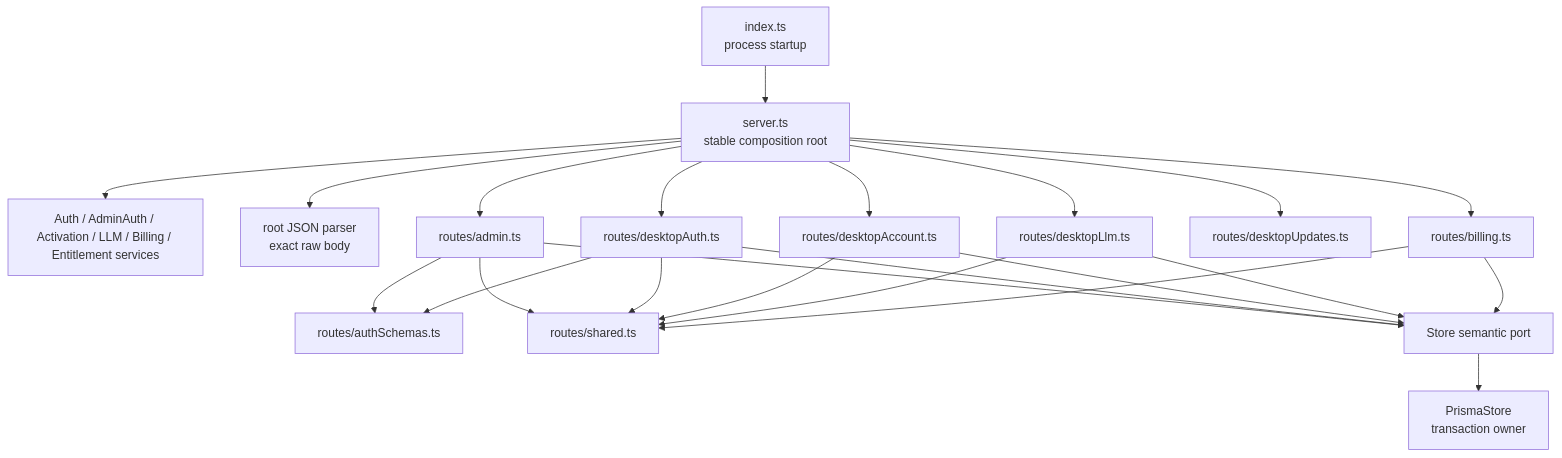
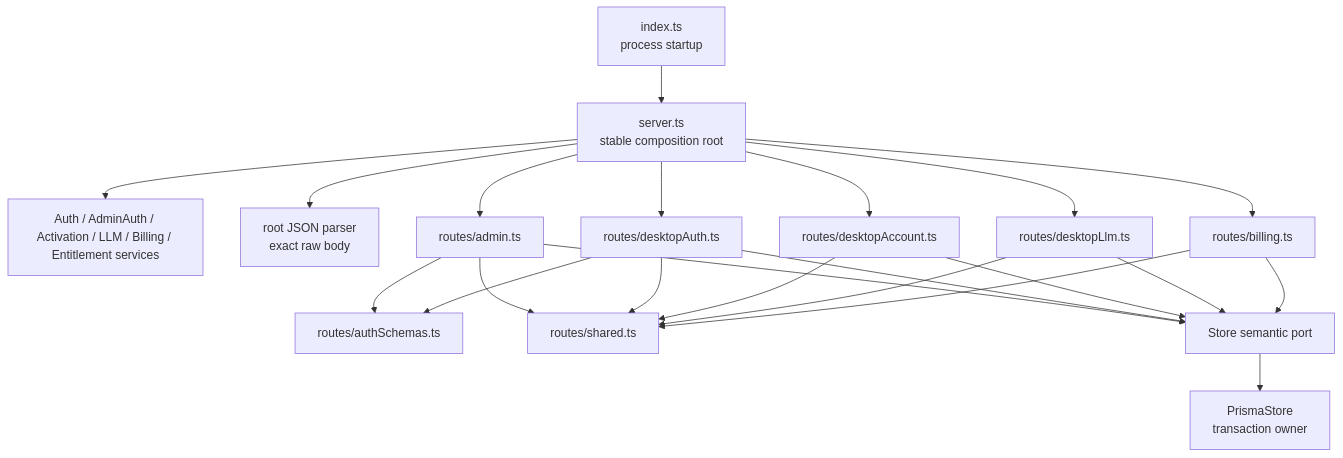
One commit to jiabai/FrameQ changed the diagram in docs/design-docs/2026-07-21-server-route-module-split.md. Above: the diagram before and after it, drawn with Mermaid. The commit also changed other lines of this file and 67 other files, not shown here.

````diff
--- a/docs/design-docs/2026-07-21-server-route-module-split.md
+++ b/docs/design-docs/2026-07-21-server-route-module-split.md
@@ -248,25 +243,24 @@
 ```mermaid
 flowchart TD
   Index["index.ts\nprocess startup"] --> Root["server.ts\nstable composition root"]
   Root --> Services["Auth / AdminAuth / Activation / LLM / Billing / Entitlement services"]
   Root --> Parser["root JSON parser\nexact raw body"]
   Root --> Admin["routes/admin.ts"]
   Root --> Auth["routes/desktopAuth.ts"]
   Root --> Account["routes/desktopAccount.ts"]
   Root --> Llm["routes/desktopLlm.ts"]
-  Root --> Updates["routes/desktopUpdates.ts"]
   Root --> Billing["routes/billing.ts"]
   Admin --> Schemas["routes/authSchemas.ts"]
   Auth --> Schemas
   Admin --> Shared["routes/shared.ts"]
   Auth --> Shared
   Account --> Shared
   Llm --> Shared
   Billing --> Shared
   Admin --> Store["Store semantic port"]
   Auth --> Store
   Account --> Store
   Llm --> Store
   Billing --> Store
   Store --> Prisma["PrismaStore\ntransaction owner"]
 ```
````
